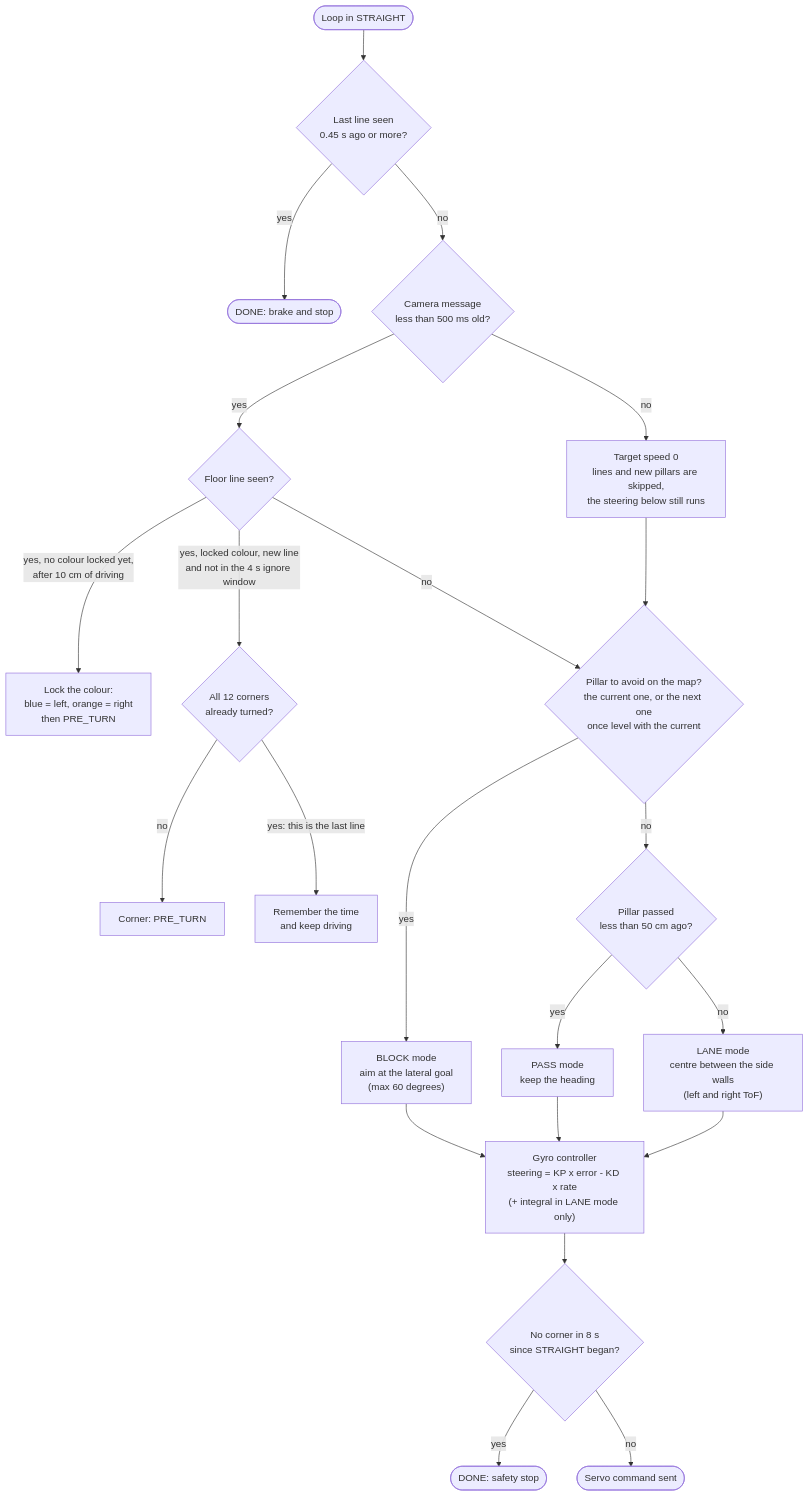
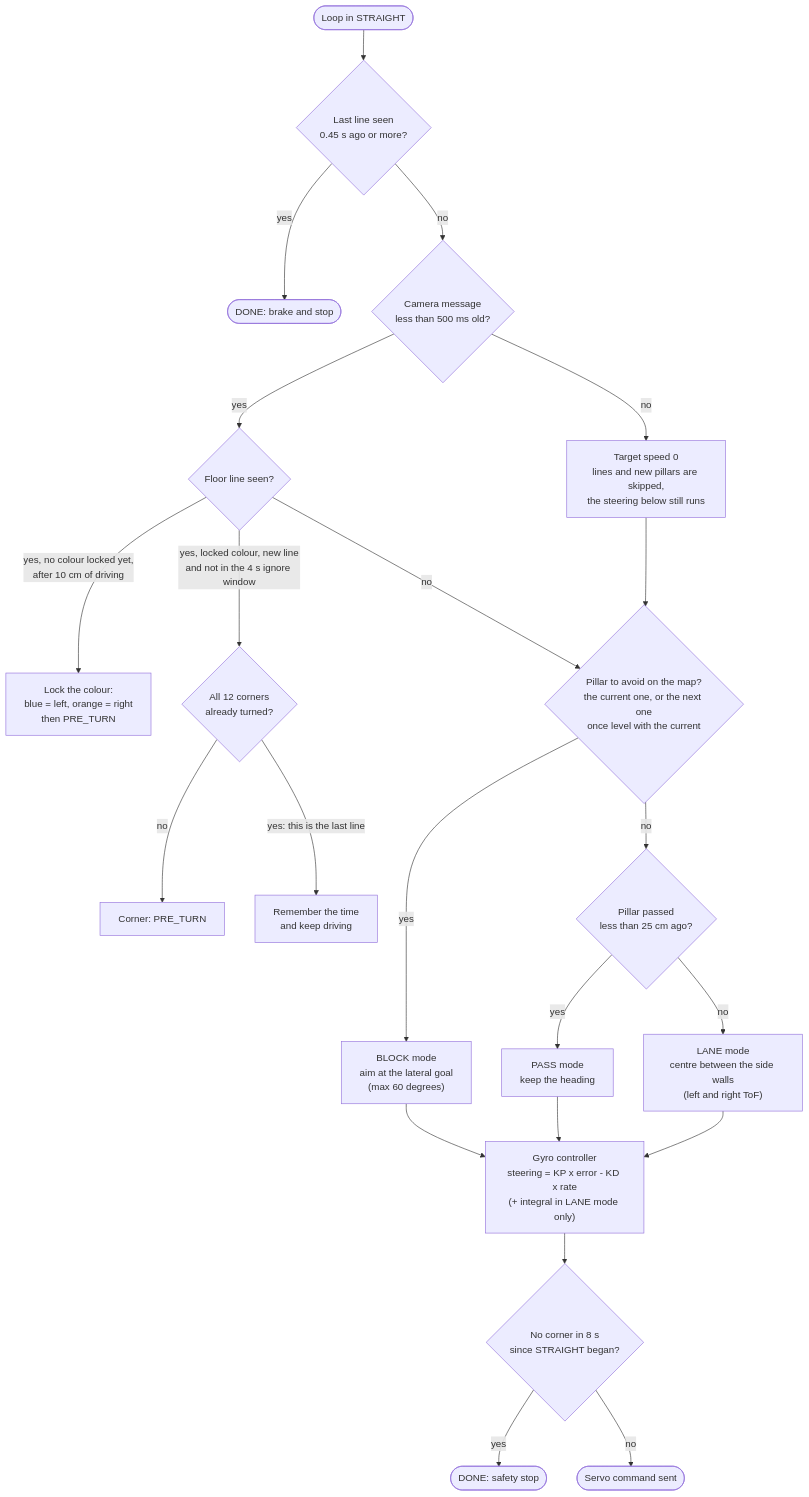
One commit to henryalejandrorieraloza-sudo/WRO-2026-Future-Engineers-Journal changed the second of 2 diagrams in src/obstacle-challenge/obstacle_challenge/README.md. Above: the diagram before and after it, drawn with Mermaid. The commit also changed other lines of this file and 4 other files, not shown here.

````diff
--- a/src/obstacle-challenge/obstacle_challenge/README.md
+++ b/src/obstacle-challenge/obstacle_challenge/README.md
@@ -153,24 +153,24 @@
 ```mermaid
 flowchart TD
     A([Loop in STRAIGHT]) --> A0{"Last line seen<br>0.45 s ago or more?"}
     A0 -- yes --> Z0([DONE: brake and stop])
     A0 -- no --> B{"Camera message<br>less than 500 ms old?"}
     B -- no --> Z["Target speed 0<br>lines and new pillars are skipped,<br>the steering below still runs"]
     B -- yes --> C{"Floor line seen?"}
     C -- "yes, no colour locked yet,<br>after 10 cm of driving" --> D["Lock the colour:<br>blue = left, orange = right<br>then PRE_TURN"]
     C -- "yes, locked colour, new line<br>and not in the 4 s ignore window" --> E{"All 12 corners<br>already turned?"}
     E -- no --> E1["Corner: PRE_TURN"]
     E -- "yes: this is the last line" --> E2["Remember the time<br>and keep driving"]
     C -- no --> F{"Pillar to avoid on the map?<br>the current one, or the next one<br>once level with the current"}
     Z --> F
     F -- yes --> G["BLOCK mode<br>aim at the lateral goal<br>(max 60 degrees)"]
-    F -- no --> H{"Pillar passed<br>less than 50 cm ago?"}
+    F -- no --> H{"Pillar passed<br>less than 25 cm ago?"}
     H -- yes --> I["PASS mode<br>keep the heading"]
     H -- no --> J["LANE mode<br>centre between the side walls<br>(left and right ToF)"]
     G --> K["Gyro controller<br>steering = KP x error - KD x rate<br>(+ integral in LANE mode only)"]
     I --> K
     J --> K
     K --> M{"No corner in 8 s<br>since STRAIGHT began?"}
     M -- yes --> Z1([DONE: safety stop])
     M -- no --> L([Servo command sent])
 ```
````
